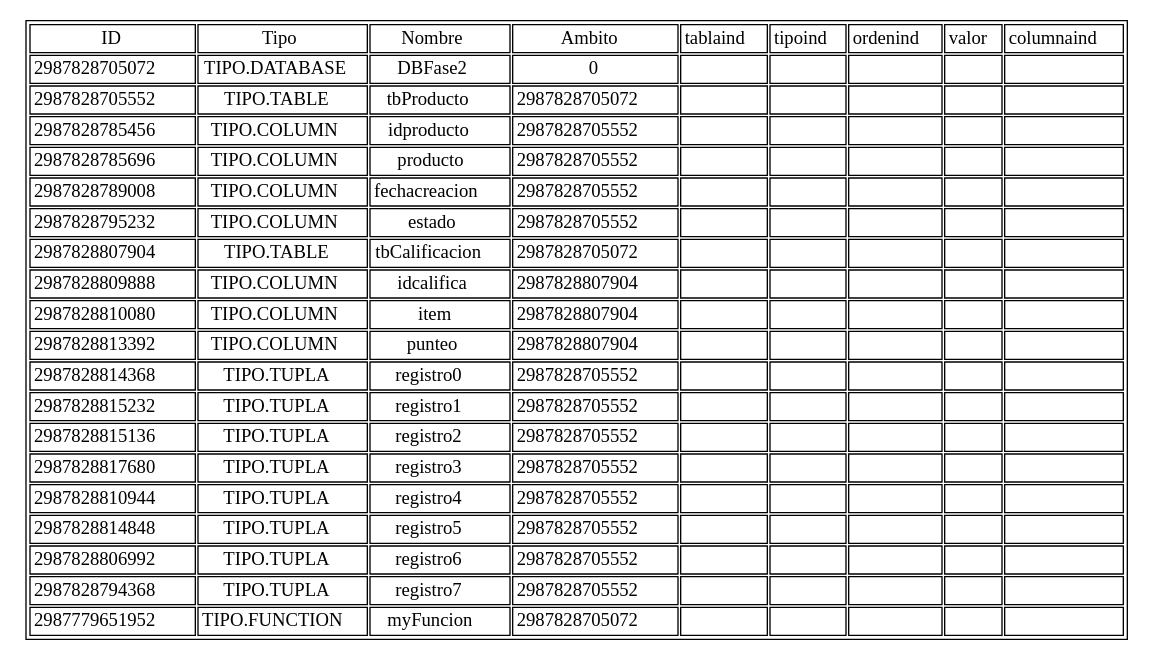
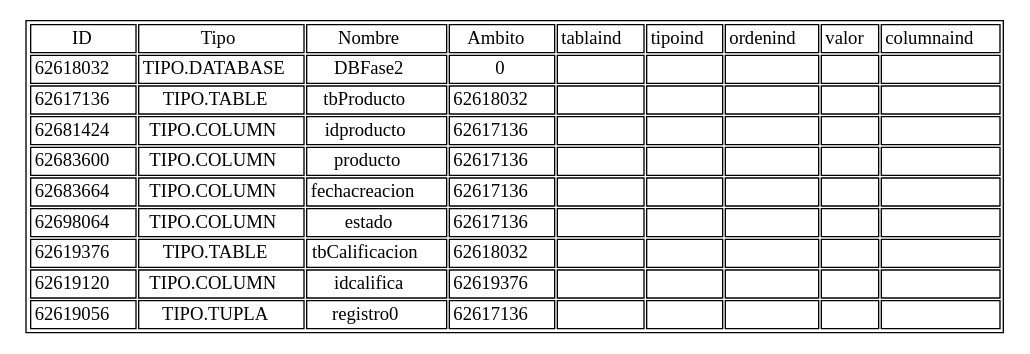
Before and after one commit to tytusdb/tytusdb: the diagram in parser/fase2/team24/None.gv, drawn with Graphviz. The commit also changed 8 other files, not shown here.

```diff
--- a/parser/fase2/team24/None.gv
+++ b/parser/fase2/team24/None.gv
@@ -3,7 +3,7 @@
 lista [label =  <<TABLE> 
  <TR><TD>ID</TD><TD>Tipo</TD><TD>Nombre</TD><TD>Ambito</TD><TD>tablaind</TD><TD>tipoind</TD><TD>ordenind</TD><TD>valor</TD><TD>columnaind</TD></TR> <TR>
 <TD>
-2987828705072
+62618032
 </TD><TD>TIPO.DATABASE
 </TD><TD>DBFase2
 </TD><TD>0
@@ -14,10 +14,10 @@
 </TD><TD>
 </TD></TR><TR>
 <TD>
-2987828705552
+62617136
 </TD><TD>TIPO.TABLE
 </TD><TD>tbProducto
-</TD><TD>2987828705072
+</TD><TD>62618032
 </TD><TD>
 </TD><TD>
 </TD><TD>
@@ -25,10 +25,10 @@
 </TD><TD>
 </TD></TR><TR>
 <TD>
-2987828785456
+62681424
 </TD><TD>TIPO.COLUMN
 </TD><TD>idproducto
-</TD><TD>2987828705552
+</TD><TD>62617136
 </TD><TD>
 </TD><TD>
 </TD><TD>
@@ -36,10 +36,10 @@
 </TD><TD>
 </TD></TR><TR>
 <TD>
-2987828785696
+62683600
 </TD><TD>TIPO.COLUMN
 </TD><TD>producto
-</TD><TD>2987828705552
+</TD><TD>62617136
 </TD><TD>
 </TD><TD>
 </TD><TD>
@@ -47,10 +47,10 @@
 </TD><TD>
 </TD></TR><TR>
 <TD>
-2987828789008
+62683664
 </TD><TD>TIPO.COLUMN
 </TD><TD>fechacreacion
-</TD><TD>2987828705552
+</TD><TD>62617136
 </TD><TD>
 </TD><TD>
 </TD><TD>
@@ -58,10 +58,10 @@
 </TD><TD>
 </TD></TR><TR>
 <TD>
-2987828795232
+62698064
 </TD><TD>TIPO.COLUMN
 </TD><TD>estado
-</TD><TD>2987828705552
+</TD><TD>62617136
 </TD><TD>
 </TD><TD>
 </TD><TD>
@@ -69,10 +69,10 @@
 </TD><TD>
 </TD></TR><TR>
 <TD>
-2987828807904
+62619376
 </TD><TD>TIPO.TABLE
 </TD><TD>tbCalificacion
-</TD><TD>2987828705072
+</TD><TD>62618032
 </TD><TD>
 </TD><TD>
 </TD><TD>
@@ -80,10 +80,10 @@
 </TD><TD>
 </TD></TR><TR>
 <TD>
-2987828809888
+62619120
 </TD><TD>TIPO.COLUMN
 </TD><TD>idcalifica
-</TD><TD>2987828807904
+</TD><TD>62619376
 </TD><TD>
 </TD><TD>
 </TD><TD>
@@ -91,120 +91,10 @@
 </TD><TD>
 </TD></TR><TR>
 <TD>
-2987828810080
-</TD><TD>TIPO.COLUMN
-</TD><TD>item
-</TD><TD>2987828807904
-</TD><TD>
-</TD><TD>
-</TD><TD>
-</TD><TD>
-</TD><TD>
-</TD></TR><TR>
-<TD>
-2987828813392
-</TD><TD>TIPO.COLUMN
-</TD><TD>punteo
-</TD><TD>2987828807904
-</TD><TD>
-</TD><TD>
-</TD><TD>
-</TD><TD>
-</TD><TD>
-</TD></TR><TR>
-<TD>
-2987828814368
+62619056
 </TD><TD>TIPO.TUPLA
 </TD><TD>registro0
-</TD><TD>2987828705552
-</TD><TD>
-</TD><TD>
-</TD><TD>
-</TD><TD>
-</TD><TD>
-</TD></TR><TR>
-<TD>
-2987828815232
-</TD><TD>TIPO.TUPLA
-</TD><TD>registro1
-</TD><TD>2987828705552
-</TD><TD>
-</TD><TD>
-</TD><TD>
-</TD><TD>
-</TD><TD>
-</TD></TR><TR>
-<TD>
-2987828815136
-</TD><TD>TIPO.TUPLA
-</TD><TD>registro2
-</TD><TD>2987828705552
-</TD><TD>
-</TD><TD>
-</TD><TD>
-</TD><TD>
-</TD><TD>
-</TD></TR><TR>
-<TD>
-2987828817680
-</TD><TD>TIPO.TUPLA
-</TD><TD>registro3
-</TD><TD>2987828705552
-</TD><TD>
-</TD><TD>
-</TD><TD>
-</TD><TD>
-</TD><TD>
-</TD></TR><TR>
-<TD>
-2987828810944
-</TD><TD>TIPO.TUPLA
-</TD><TD>registro4
-</TD><TD>2987828705552
-</TD><TD>
-</TD><TD>
-</TD><TD>
-</TD><TD>
-</TD><TD>
-</TD></TR><TR>
-<TD>
-2987828814848
-</TD><TD>TIPO.TUPLA
-</TD><TD>registro5
-</TD><TD>2987828705552
-</TD><TD>
-</TD><TD>
-</TD><TD>
-</TD><TD>
-</TD><TD>
-</TD></TR><TR>
-<TD>
-2987828806992
-</TD><TD>TIPO.TUPLA
-</TD><TD>registro6
-</TD><TD>2987828705552
-</TD><TD>
-</TD><TD>
-</TD><TD>
-</TD><TD>
-</TD><TD>
-</TD></TR><TR>
-<TD>
-2987828794368
-</TD><TD>TIPO.TUPLA
-</TD><TD>registro7
-</TD><TD>2987828705552
-</TD><TD>
-</TD><TD>
-</TD><TD>
-</TD><TD>
-</TD><TD>
-</TD></TR><TR>
-<TD>
-2987779651952
-</TD><TD>TIPO.FUNCTION
-</TD><TD>myFuncion
-</TD><TD>2987828705072
+</TD><TD>62617136
 </TD><TD>
 </TD><TD>
 </TD><TD>
```
